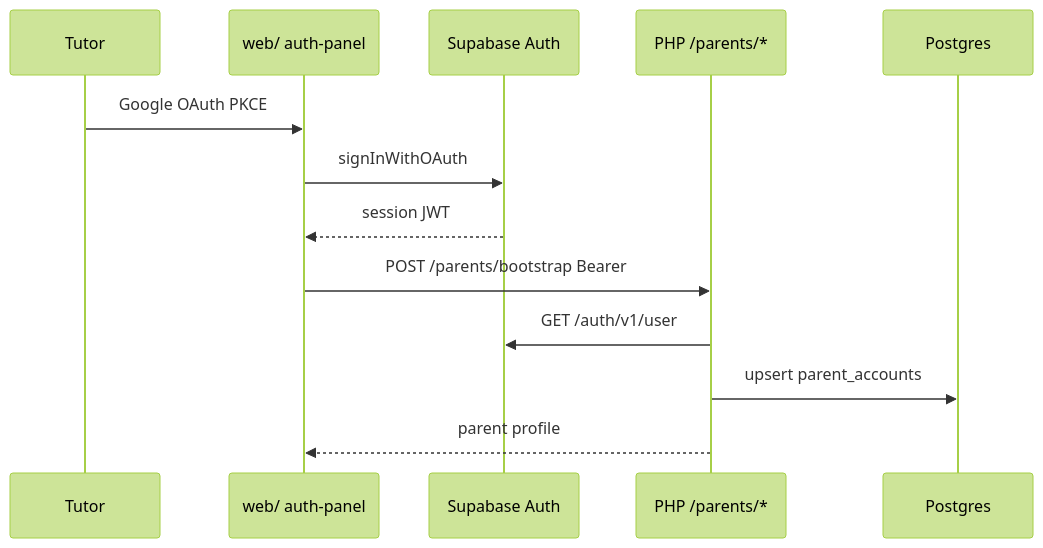
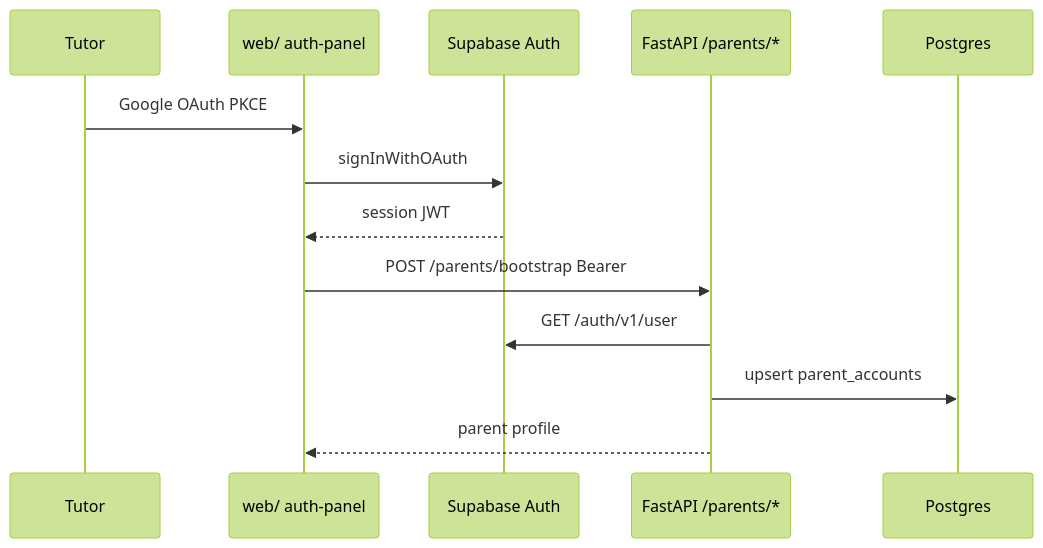
The second of 3 diagrams in .cursor/diagrams/05-data-auth-model.md (KuiperBelt-PRO/kidepik), drawn with Mermaid (forest theme) before and after one commit. The commit also changed other lines of this file and 101 other files, not shown here.

````diff
--- a/.cursor/diagrams/05-data-auth-model.md
+++ b/.cursor/diagrams/05-data-auth-model.md
@@ -7,16 +34,16 @@
 ```mermaid
 sequenceDiagram
   participant U as Tutor
   participant Web as web/ auth-panel
   participant SB as Supabase Auth
-  participant API as PHP /parents/*
+  participant API as FastAPI /parents/*
   participant PG as Postgres
 
   U->>Web: Google OAuth PKCE
   Web->>SB: signInWithOAuth
   SB-->>Web: session JWT
   Web->>API: POST /parents/bootstrap Bearer
   API->>SB: GET /auth/v1/user
   API->>PG: upsert parent_accounts
   API-->>Web: parent profile
 ```
````
